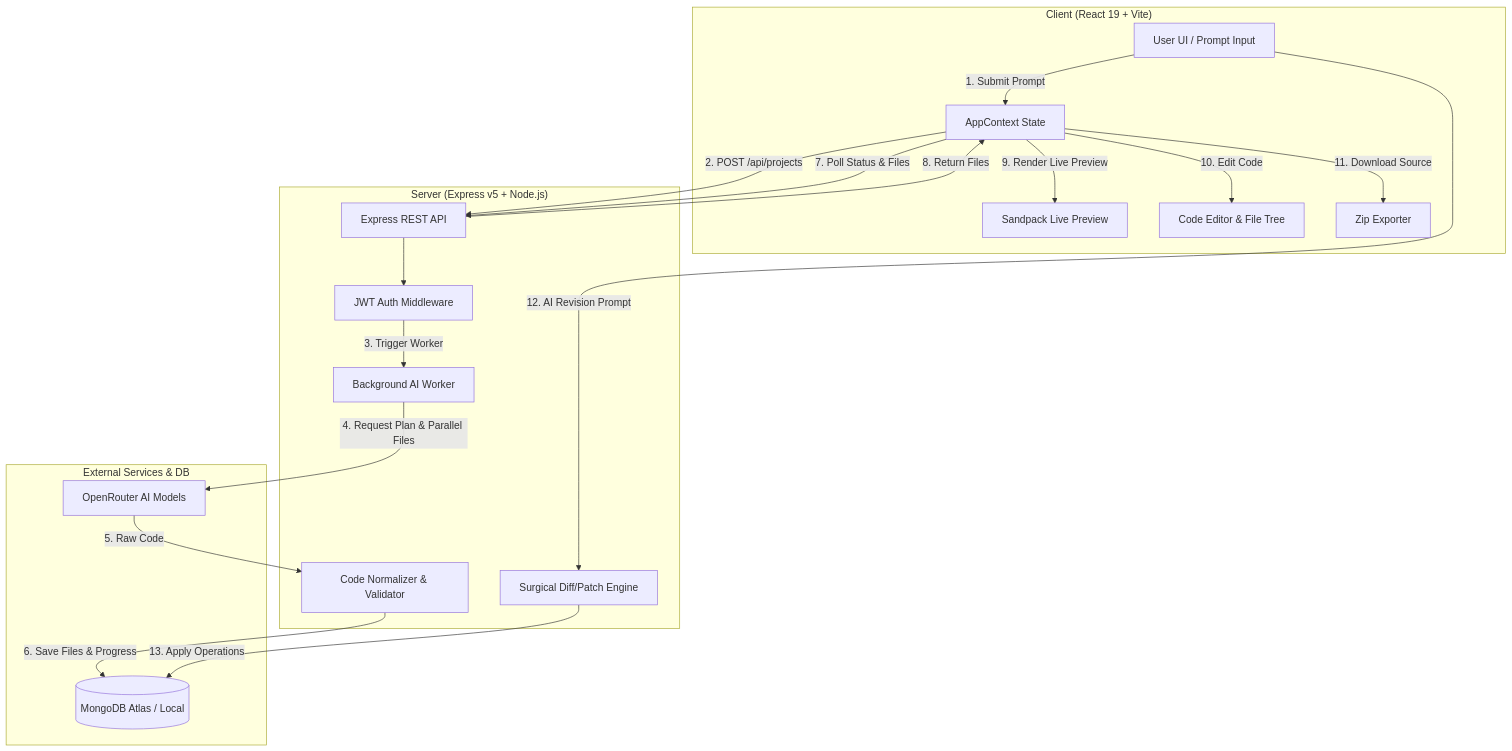
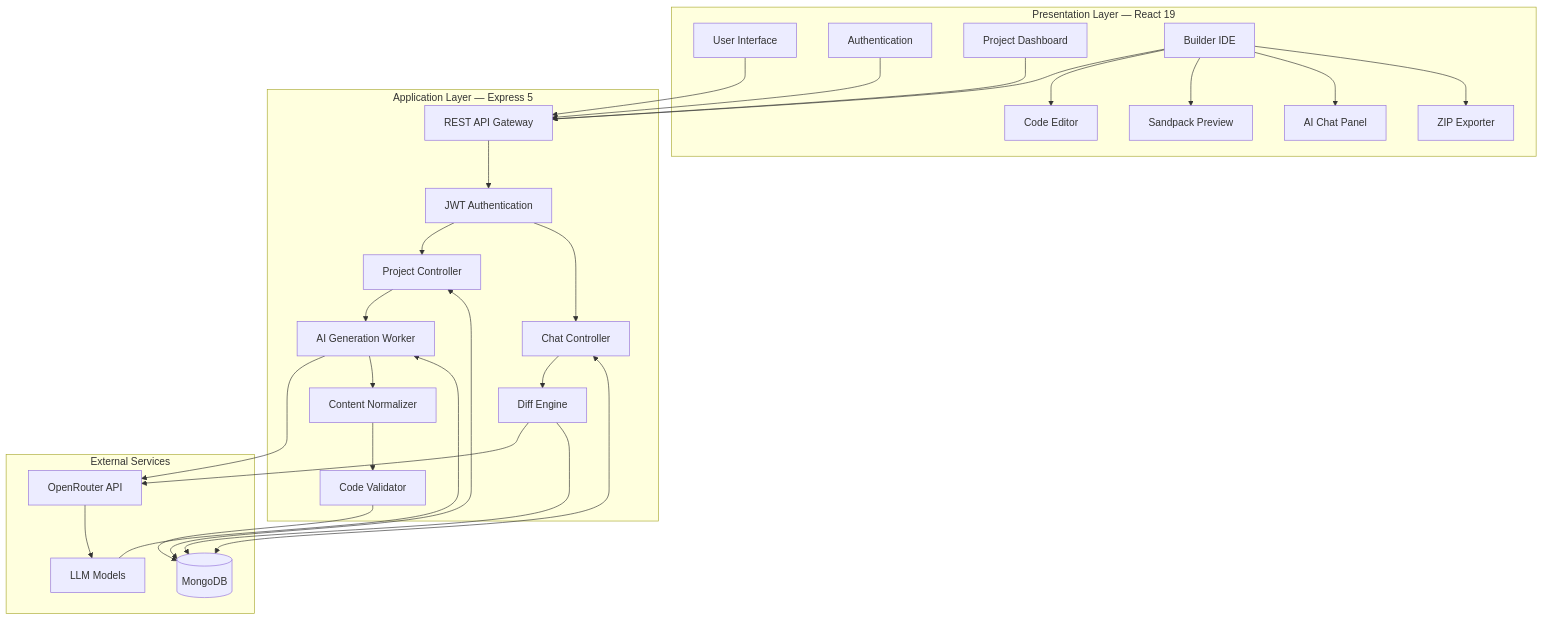
Before and after one commit to abhishek4524/Builder-AI: the second of 15 diagrams in README.md, drawn with Mermaid. The commit also changed other lines of this file, not shown here.

````diff
--- a/README.md
+++ b/README.md
@@ -64,38 +219,61 @@
 ```mermaid
-flowchart TD
-    subgraph Client ["Client (React 19 + Vite)"]
-        UI[User UI / Prompt Input]
-        Context[AppContext State]
-        SP[Sandpack Live Preview]
-        IDE[Code Editor & File Tree]
-        Export[Zip Exporter]
+flowchart TB
+    subgraph CLIENT["Presentation Layer — React 19"]
+        UI[User Interface]
+        AUTH_UI[Authentication]
+        DASH[Project Dashboard]
+        BUILDER[Builder IDE]
+        EDITOR[Code Editor]
+        PREVIEW[Sandpack Preview]
+        CHAT[AI Chat Panel]
+        EXPORT[ZIP Exporter]
     end
 
-    subgraph Server ["Server (Express v5 + Node.js)"]
-        API[Express REST API]
-        Auth[JWT Auth Middleware]
-        GenWorker[Background AI Worker]
-        DiffEngine[Surgical Diff/Patch Engine]
-        Validator[Code Normalizer & Validator]
+    subgraph BACKEND["Application Layer — Express 5"]
+        API[REST API Gateway]
+        JWT[JWT Authentication]
+        PROJECT[Project Controller]
+        CHAT_CTRL[Chat Controller]
+        WORKER[AI Generation Worker]
+        DIFF[Diff Engine]
+        VALIDATOR[Code Validator]
+        NORMALIZER[Content Normalizer]
     end
 
-    subgraph ExternalServices ["External Services & DB"]
-        OpenRouter[OpenRouter AI Models]
-        MongoDB[(MongoDB Atlas / Local)]
+    subgraph SERVICES["External Services"]
+        AI[OpenRouter API]
+        LLM[LLM Models]
+        DB[(MongoDB)]
     end
 
-    UI -->|1. Submit Prompt| Context
-    Context -->|2. POST /api/projects| API
-    API --> Auth
-    Auth -->|3. Trigger Worker| GenWorker
-    GenWorker -->|4. Request Plan & Parallel Files| OpenRouter
-    OpenRouter -->|5. Raw Code| Validator
-    Validator -->|6. Save Files & Progress| MongoDB
-    Context -->|7. Poll Status & Files| API
-    API -->|8. Return Files| Context
-    Context -->|9. Render Live Preview| SP
-    Context -->|10. Edit Code| IDE
-    Context -->|11. Download Source| Export
-    UI -->|12. AI Revision Prompt| DiffEngine
-    DiffEngine -->|13. Apply Operations| MongoDB
+    UI --> API
+    AUTH_UI --> API
+    DASH --> API
+    BUILDER --> API
+
+    API --> JWT
+    JWT --> PROJECT
+    JWT --> CHAT_CTRL
+
+    PROJECT --> WORKER
+    CHAT_CTRL --> DIFF
+
+    WORKER --> AI
+    AI --> LLM
+    LLM --> WORKER
+
+    WORKER --> NORMALIZER
+    NORMALIZER --> VALIDATOR
+    VALIDATOR --> DB
+
+    DIFF --> AI
+    DIFF --> DB
+
+    PROJECT <--> DB
+    CHAT_CTRL <--> DB
+
+    BUILDER --> EDITOR
+    BUILDER --> PREVIEW
+    BUILDER --> CHAT
+    BUILDER --> EXPORT
 ```
````
